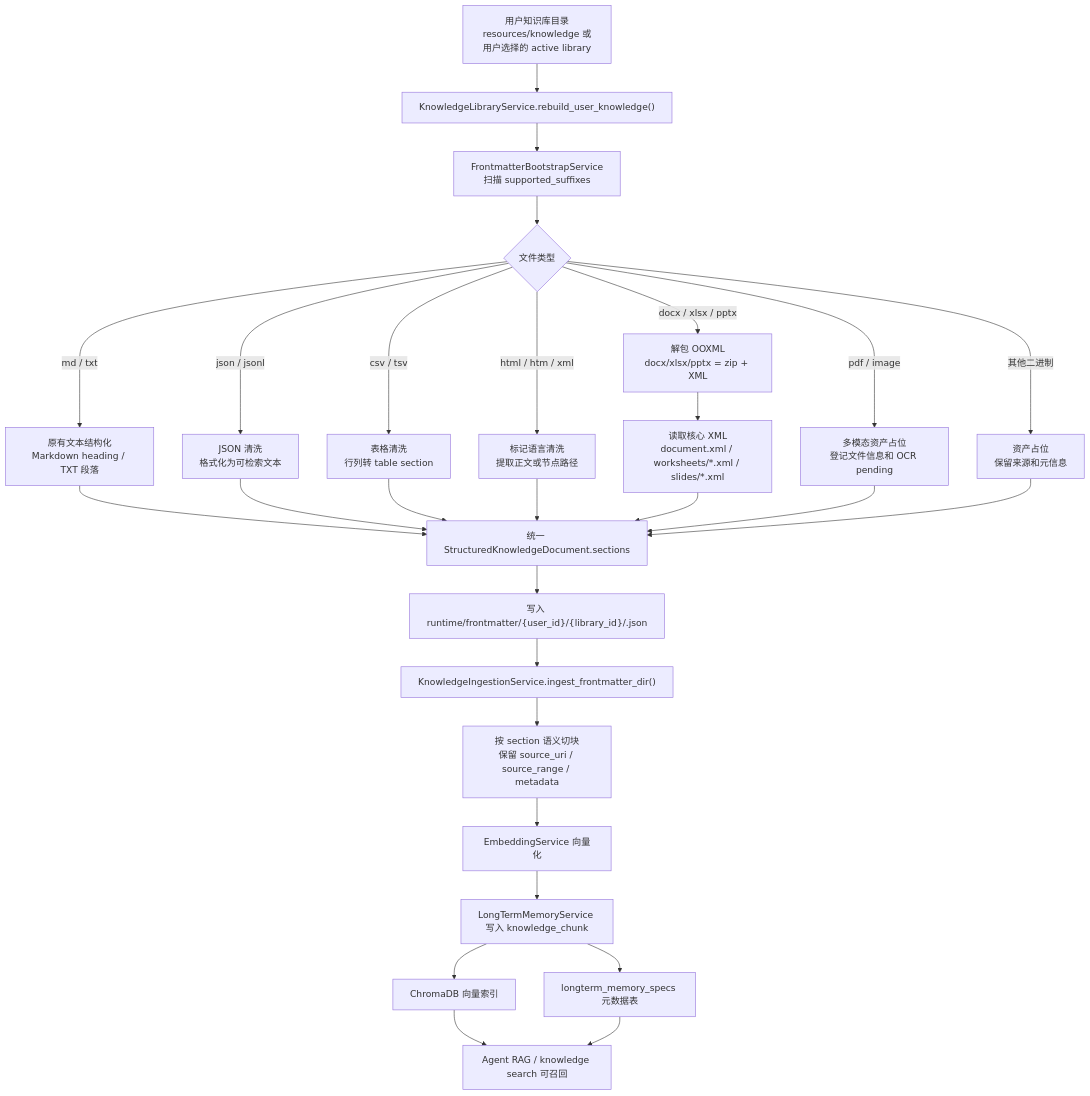
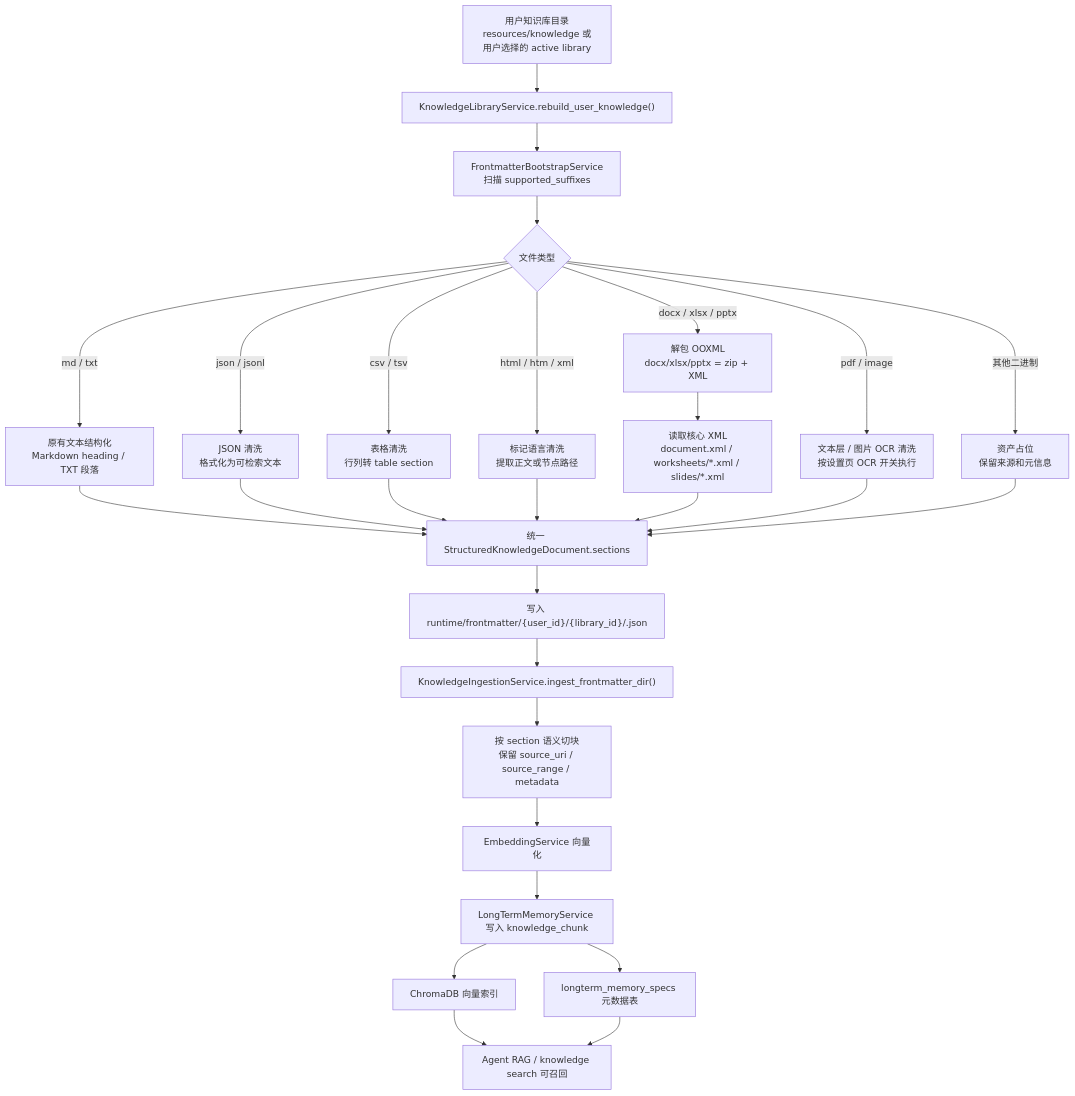
Diagram 18 of 23 in README.md (xiao-Huahuo/Agent-Core-Service), drawn with Mermaid before and after one commit. The commit also changed other lines of this file and 26 other files, not shown here.

````diff
--- a/README.md
+++ b/README.md
@@ -916,34 +916,34 @@
 ```mermaid
 flowchart TD
     A["用户知识库目录<br/>resources/knowledge 或用户选择的 active library"] --> B["KnowledgeLibraryService.rebuild_user_knowledge()"]
     B --> C["FrontmatterBootstrapService<br/>扫描 supported_suffixes"]
 
     C --> D{"文件类型"}
     D -->|"md / txt"| E["原有文本结构化<br/>Markdown heading / TXT 段落"]
     D -->|"json / jsonl"| F["JSON 清洗<br/>格式化为可检索文本"]
     D -->|"csv / tsv"| G["表格清洗<br/>行列转 table section"]
     D -->|"html / htm / xml"| H["标记语言清洗<br/>提取正文或节点路径"]
     D -->|"docx / xlsx / pptx"| I0["解包 OOXML<br/>docx/xlsx/pptx = zip + XML"]
     I0 --> I["读取核心 XML<br/>document.xml / worksheets/*.xml / slides/*.xml"]
-    D -->|"pdf / image"| J["多模态资产占位<br/>登记文件信息和 OCR pending"]
+    D -->|"pdf / image"| J["文本层 / 图片 OCR 清洗<br/>按设置页 OCR 开关执行"]
     D -->|"其他二进制"| K["资产占位<br/>保留来源和元信息"]
 
     E --> L["统一 StructuredKnowledgeDocument.sections"]
     F --> L
     G --> L
     H --> L
     I --> L
     J --> L
     K --> L
 
     L --> M["写入 runtime/frontmatter/{user_id}/{library_id}/<document>.json"]
     M --> N["KnowledgeIngestionService.ingest_frontmatter_dir()"]
     N --> O["按 section 语义切块<br/>保留 source_uri / source_range / metadata"]
     O --> P["EmbeddingService 向量化"]
     P --> Q["LongTermMemoryService 写入 knowledge_chunk"]
     Q --> R["ChromaDB 向量索引"]
     Q --> S["longterm_memory_specs 元数据表"]
 
     R --> T["Agent RAG / knowledge search 可召回"]
     S --> T
 ```
````
